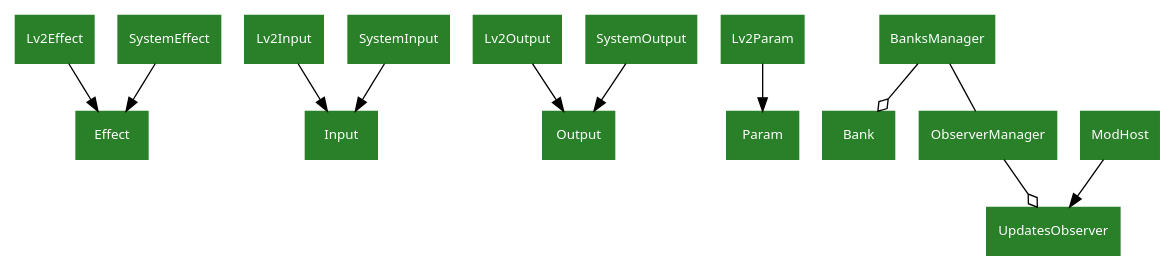
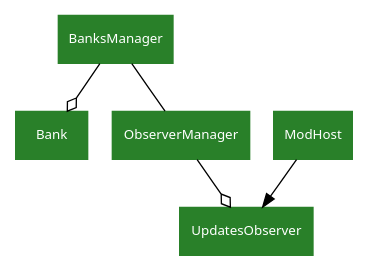
The third of 3 diagrams in docs/source/model.rst (PedalPi/PluginsManager), drawn with Graphviz before and after one commit. The commit also changed 7 other files, not shown here.

Commit message:
#3 - Doc lv2_effect, lv2_input, lv2_output, lv2_param

```diff
--- a/docs/source/model.rst
+++ b/docs/source/model.rst
@@ -20,21 +37,11 @@
 .. graphviz::
 
    digraph classes {
        graph [rankdir=TB];
        node [shape=rect, style=filled, color="#298029", fontname=Sans, fontcolor="#ffffff", fontsize=10];
-       Lv2Effect->Effect;
-       SystemEffect->Effect;
-
-       Lv2Input->Input;
-       SystemInput->Input;
-
-       Lv2Output->Output;
-       SystemOutput->Output;
-
-       Lv2Param->Param;
 
        BanksManager->Bank [dir="forward", arrowhead="odiamond", arrowtail="normal"];
        BanksManager->ObserverManager [dir="forward", arrowhead="none", arrowtail="normal"];
        ObserverManager->UpdatesObserver [dir="forward", arrowhead="odiamond", arrowtail="normal"];
        ModHost->UpdatesObserver
    }
```
